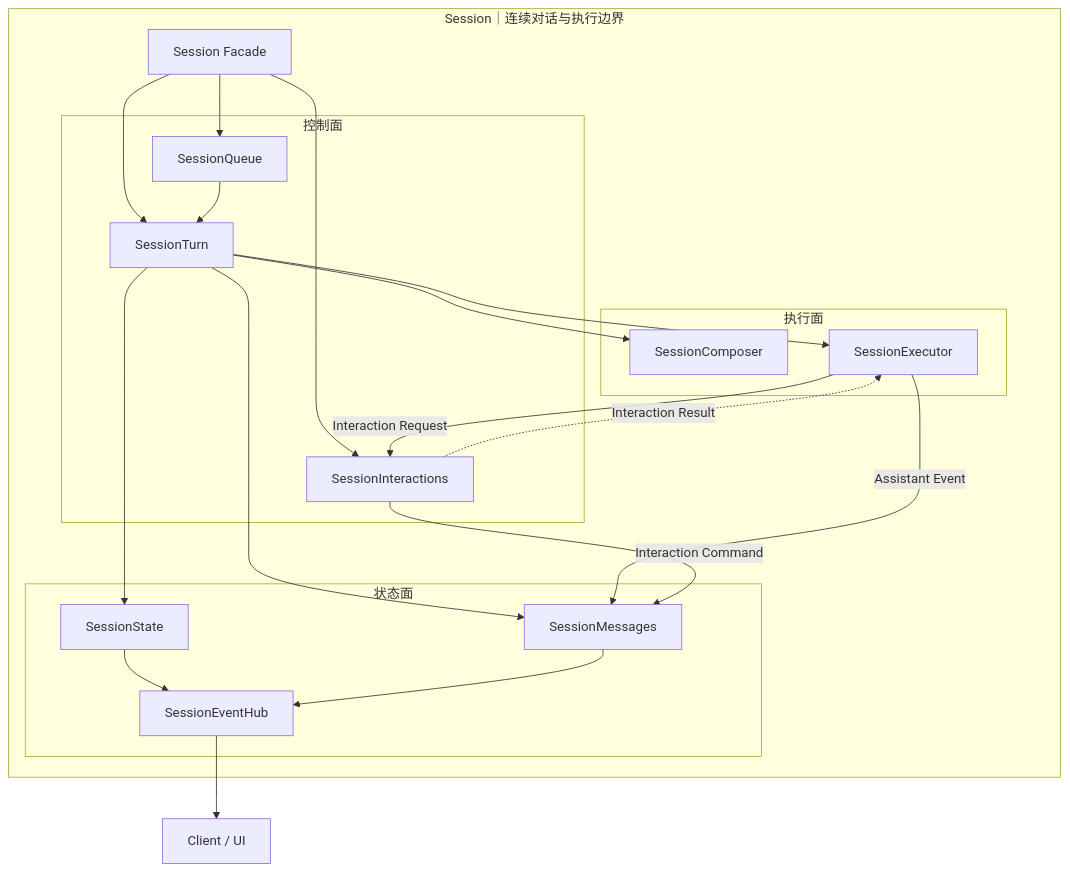
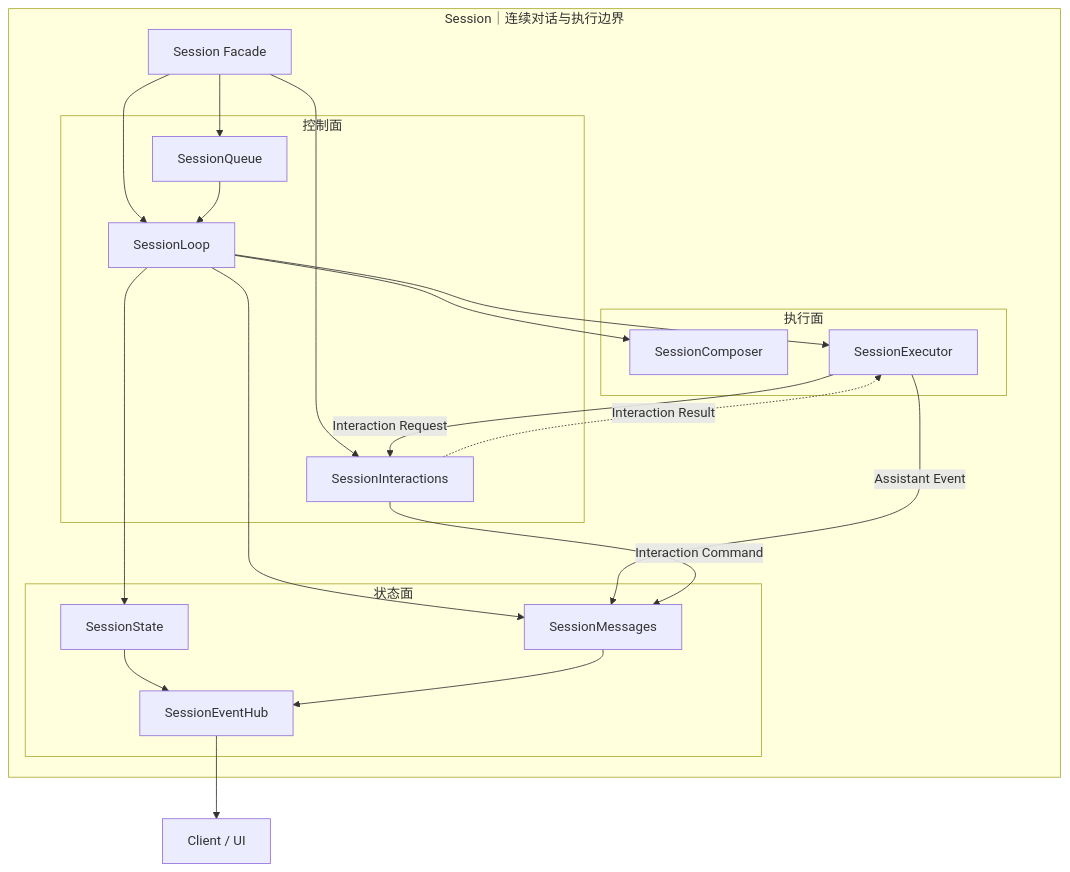
Before and after one commit to genesiscosmos/downcity: the first of 2 diagrams in docs/session-architecture.md, drawn with Mermaid. The commit also changed other lines of this file and 119 other files, not shown here.

````diff
--- a/docs/session-architecture.md
+++ b/docs/session-architecture.md
@@ -22,41 +22,41 @@
 ```mermaid
 flowchart TB
     Client["Client / UI"]
 
     subgraph Session["Session｜连续对话与执行边界"]
         Facade["Session Facade"]
 
         subgraph Control["控制面"]
-            Turn["SessionTurn"]
+            Loop["SessionLoop"]
             Queue["SessionQueue"]
             Interactions["SessionInteractions"]
         end
 
         subgraph Execution["执行面"]
             Composer["SessionComposer"]
             Executor["SessionExecutor"]
         end
 
         subgraph State["状态面"]
             SessionState["SessionState"]
             Messages["SessionMessages"]
             Events["SessionEventHub"]
         end
     end
 
     Facade --> Queue
-    Facade --> Turn
+    Facade --> Loop
     Facade --> Interactions
-    Queue --> Turn
-    Turn --> Composer
-    Turn --> Executor
-    Turn --> SessionState
-    Turn --> Messages
+    Queue --> Loop
+    Loop --> Composer
+    Loop --> Executor
+    Loop --> SessionState
+    Loop --> Messages
     Executor -->|"Assistant Event"| Messages
     Executor -->|"Interaction Request"| Interactions
     Interactions -->|"Interaction Command"| Messages
     Interactions -.->|"Interaction Result"| Executor
     SessionState --> Events
     Messages --> Events
     Events --> Client
 ```
````
